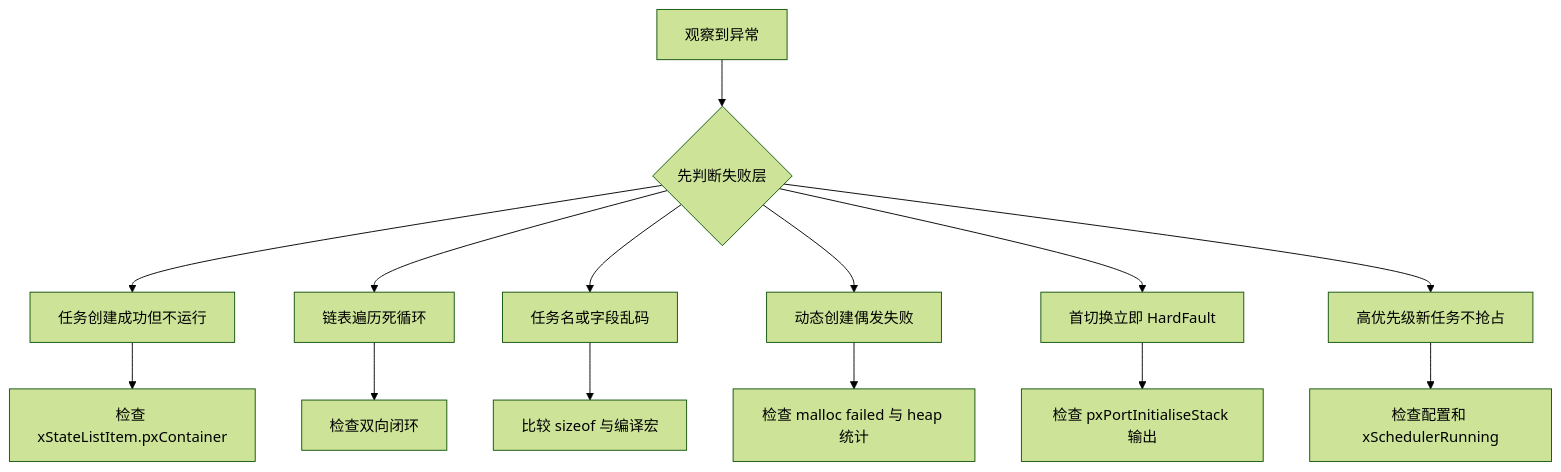
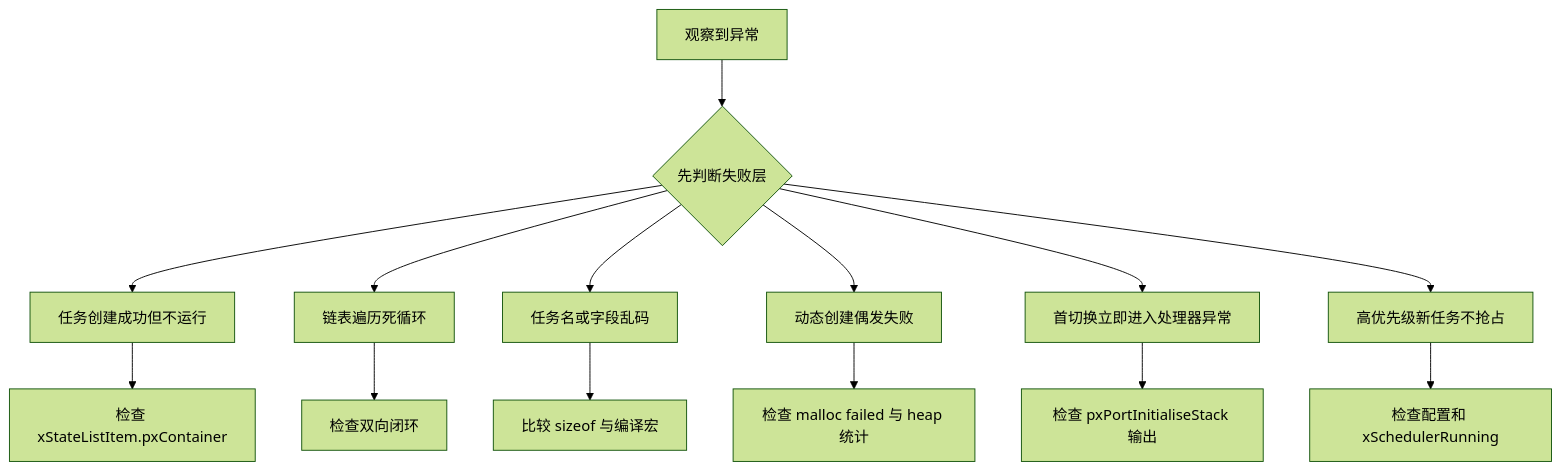
The sixth of 6 diagrams in docs/articles/freertos/freertos-02-list-tcb-task-creation.md (cdragon-ljl/EEandEdgeAI), drawn with Mermaid (forest theme) before and after one commit. The commit also changed other lines of this file and 20 other files, not shown here.

````diff
--- a/docs/articles/freertos/freertos-02-list-tcb-task-creation.md
+++ b/docs/articles/freertos/freertos-02-list-tcb-task-creation.md
@@ -784,16 +270,16 @@
 ```mermaid
 flowchart TD
     OBS["观察到异常"] --> LAYER{"先判断失败层"}
     LAYER --> E0["任务创建成功但不运行"]
     E0 --> I0["检查 xStateListItem.pxContainer"]
     LAYER --> E1["链表遍历死循环"]
     E1 --> I1["检查双向闭环"]
     LAYER --> E2["任务名或字段乱码"]
     E2 --> I2["比较 sizeof 与编译宏"]
     LAYER --> E3["动态创建偶发失败"]
     E3 --> I3["检查 malloc failed 与 heap 统计"]
-    LAYER --> E4["首切换立即 HardFault"]
+    LAYER --> E4["首切换立即进入处理器异常"]
     E4 --> I4["检查 pxPortInitialiseStack 输出"]
     LAYER --> E5["高优先级新任务不抢占"]
     E5 --> I5["检查配置和 xSchedulerRunning"]
 ```
````
